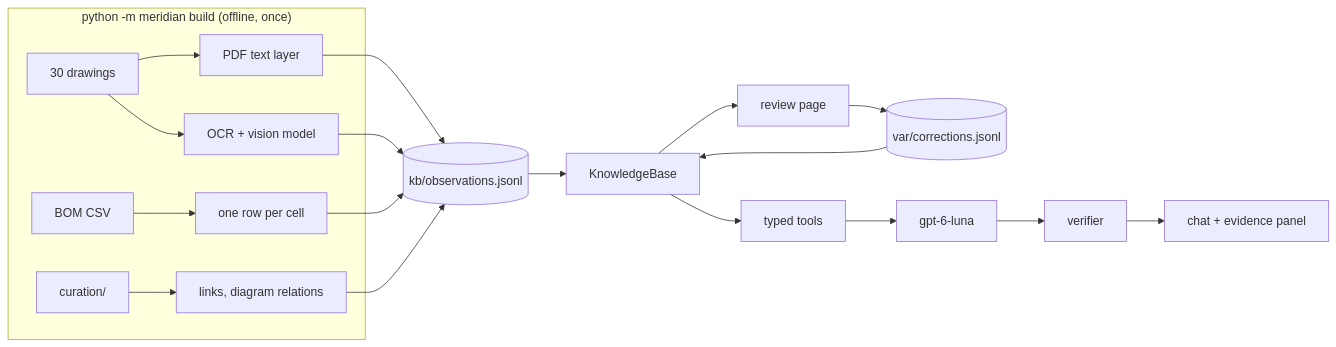
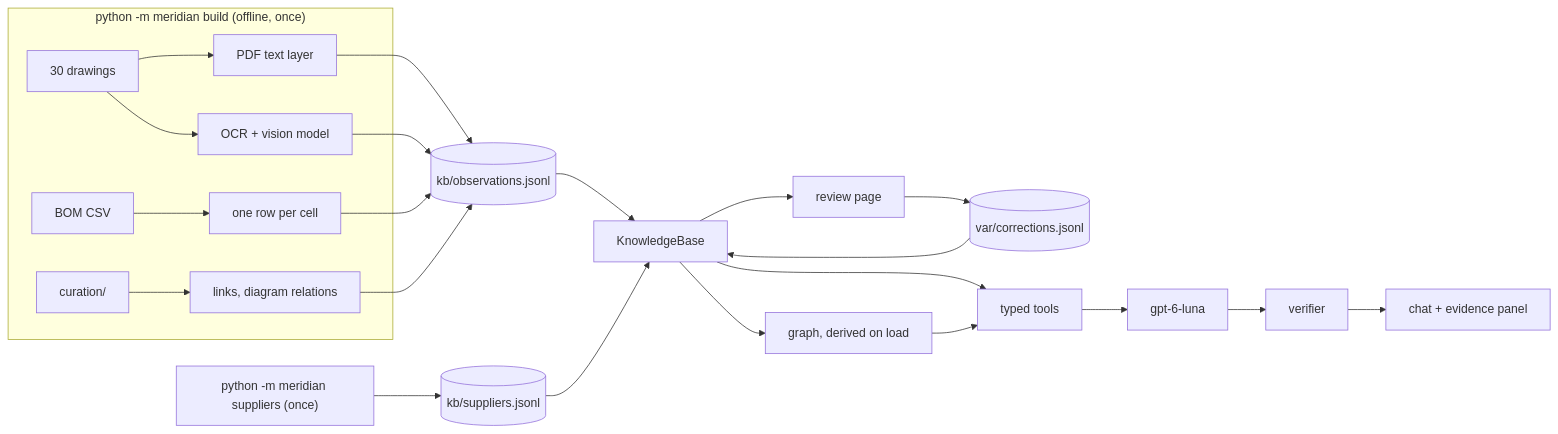
One commit to Sricharan07/project-meridian changed the diagram in README.md. Above: the diagram before and after it, drawn with Mermaid. The commit also changed other lines of this file and 33 other files, not shown here.

````diff
--- a/README.md
+++ b/README.md
@@ -182,14 +247,18 @@
 ```mermaid
 flowchart LR
   subgraph build["python -m meridian build (offline, once)"]
     D[30 drawings] --> R1[PDF text layer]
     D --> R2[OCR + vision model]
     B[BOM CSV] --> R3[one row per cell]
     C[curation/] --> R4[links, diagram relations]
   end
   R1 & R2 & R3 & R4 --> O[(kb/observations.jsonl)]
   O --> K[KnowledgeBase]
   V[(var/corrections.jsonl)] --> K
+  W[(kb/suppliers.jsonl)] --> K
+  K --> G[graph, derived on load]
   K --> T[typed tools] --> M[gpt-6-luna] --> X[verifier] --> U[chat + evidence panel]
+  G --> T
   K --> RV[review page] --> V
+  S["python -m meridian suppliers (once)"] --> W
 ```
````
